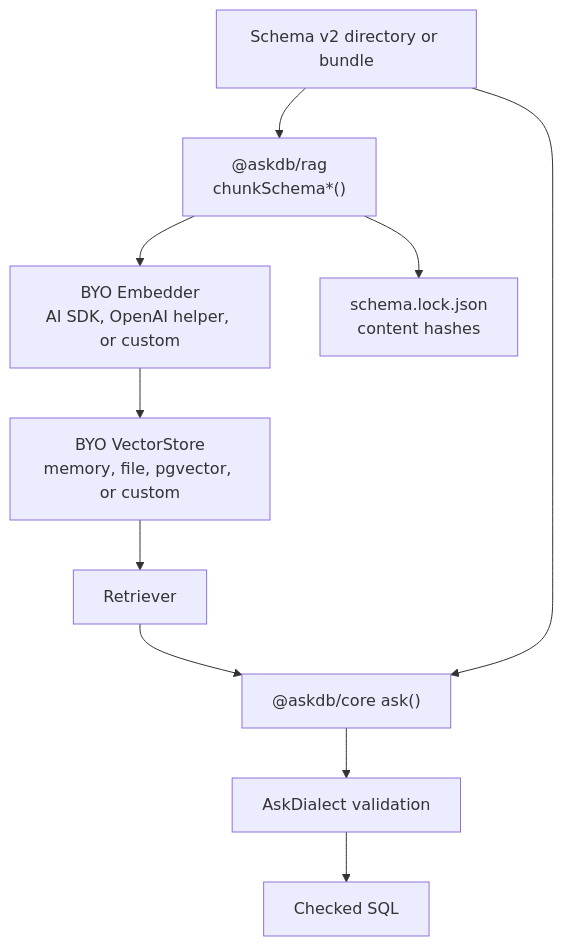
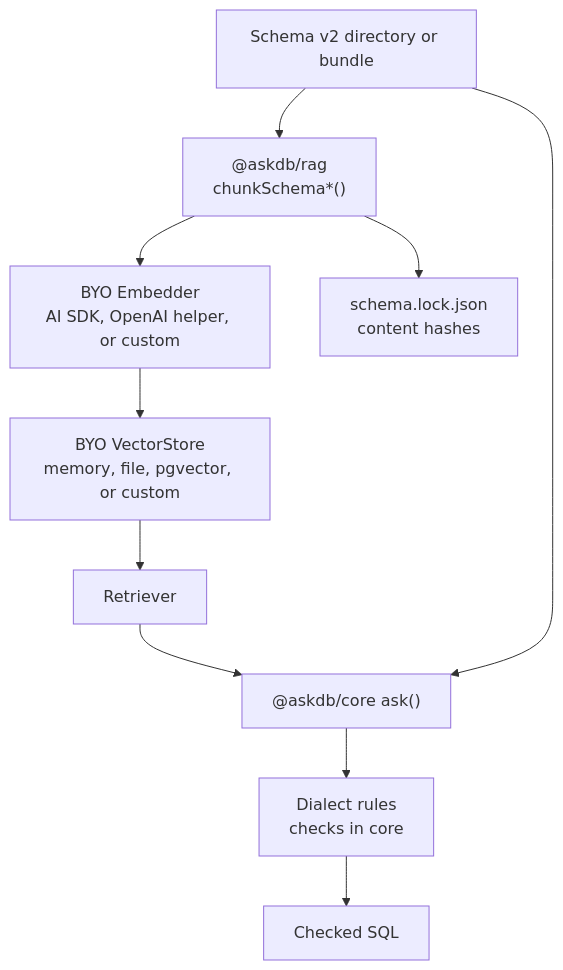
The seventh of 7 diagrams in docs/architecture.md (Ygilany/AskDB), drawn with Mermaid before and after one commit. The commit also changed other lines of this file and 17 other files, not shown here.

First line of the commit message:
docs(adr): ADR 0029 — @askdb/core owns the built-in dialect specs (#464)

````diff
--- a/docs/architecture.md
+++ b/docs/architecture.md
@@ -299,22 +297,22 @@
 ```mermaid
 flowchart TB
   schema["Schema v2 directory or bundle"]
   chunker["@askdb/rag<br/>chunkSchema*()"]
   embedder["BYO Embedder<br/>AI SDK, OpenAI helper, or custom"]
   store["BYO VectorStore<br/>memory, file, pgvector, or custom"]
   lock["schema.lock.json<br/>content hashes"]
   retriever["Retriever"]
   core["@askdb/core ask()"]
-  dialect["AskDialect validation"]
+  dialect["Dialect rules<br/>checks in core"]
   sql["Checked SQL"]
 
   schema --> chunker
   chunker --> embedder
   embedder --> store
   chunker --> lock
   store --> retriever
   retriever --> core
   schema --> core
   core --> dialect
   dialect --> sql
 ```
````
